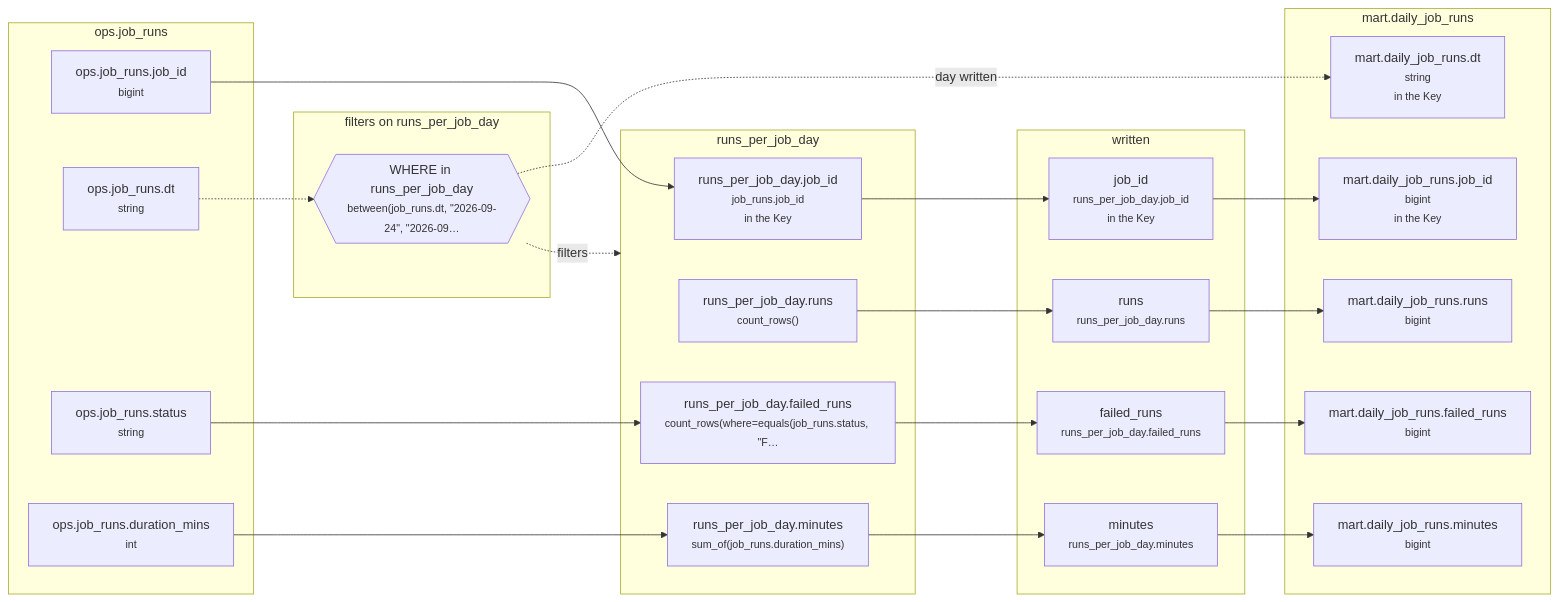
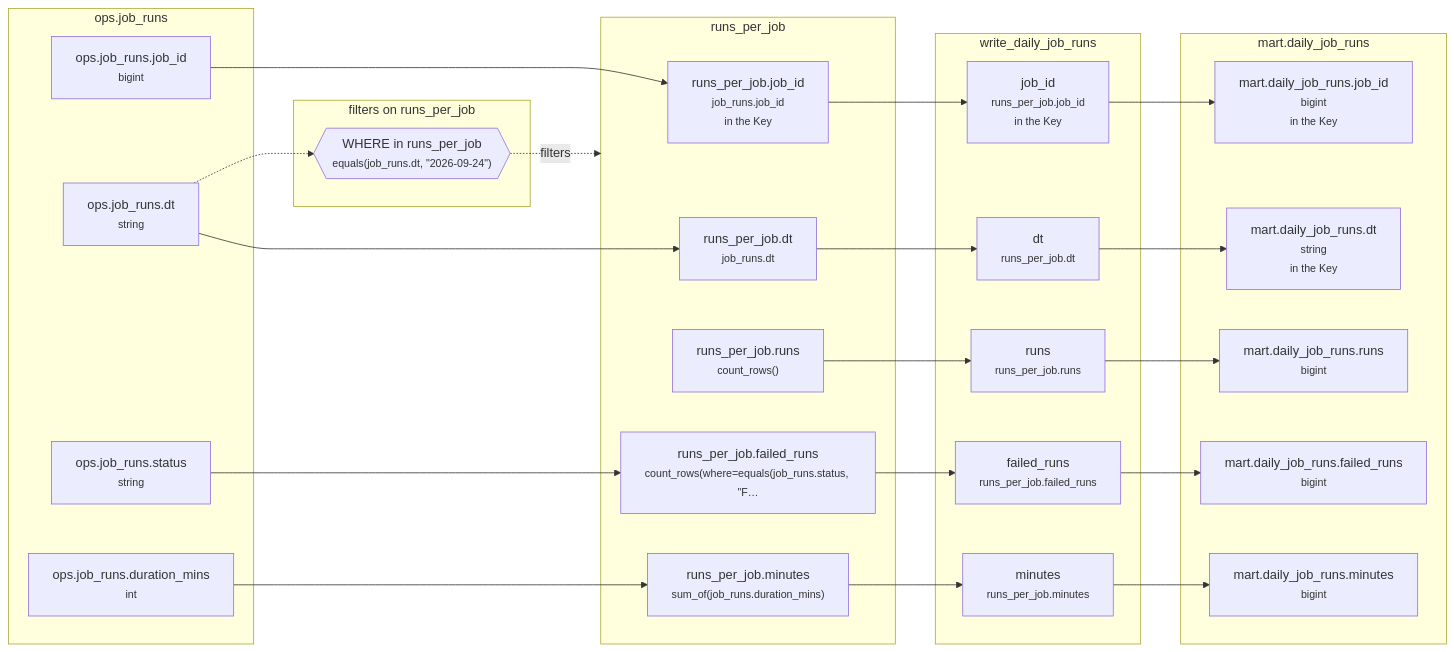
The diagram in example_projects/starter/tables/mart__daily_job_runs/lineage/20260925-060000-mart__daily_job_runs.md (EdgyPage/SQL-Composer), drawn with Mermaid before and after one commit. The commit also changed other lines of this file and 134 other files, not shown here.

````diff
--- a/example_projects/starter/tables/mart__daily_job_runs/lineage/20260925-060000-mart__daily_job_runs.md
+++ b/example_projects/starter/tables/mart__daily_job_runs/lineage/20260925-060000-mart__daily_job_runs.md
@@ -8,45 +8,49 @@
 ```mermaid
 flowchart LR
   subgraph g0["ops.job_runs"]
     n0["ops.job_runs.job_id<br/><small>bigint</small>"]
     n2["ops.job_runs.dt<br/><small>string</small>"]
-    n4["ops.job_runs.status<br/><small>string</small>"]
-    n6["ops.job_runs.duration_mins<br/><small>int</small>"]
+    n5["ops.job_runs.status<br/><small>string</small>"]
+    n7["ops.job_runs.duration_mins<br/><small>int</small>"]
   end
-  subgraph g1["runs_per_job_day"]
-    n1["runs_per_job_day.job_id<br/><small>job_runs.job_id</small><br/><small>in the Key</small>"]
-    n3["runs_per_job_day.runs<br/><small>count_rows()</small>"]
-    n5["runs_per_job_day.failed_runs<br/><small>count_rows(where=equals(job_runs.status, #quot;F…</small>"]
-    n7["runs_per_job_day.minutes<br/><small>sum_of(job_runs.duration_mins)</small>"]
+  subgraph g1["runs_per_job"]
+    n1["runs_per_job.job_id<br/><small>job_runs.job_id</small><br/><small>in the Key</small>"]
+    n3["runs_per_job.dt<br/><small>job_runs.dt</small>"]
+    n4["runs_per_job.runs<br/><small>count_rows()</small>"]
+    n6["runs_per_job.failed_runs<br/><small>count_rows(where=equals(job_runs.status, #quot;F…</small>"]
+    n8["runs_per_job.minutes<br/><small>sum_of(job_runs.duration_mins)</small>"]
   end
-  subgraph g2["filters on runs_per_job_day"]
-    n8{{"WHERE in runs_per_job_day<br/><small>between(job_runs.dt, #quot;2026-09-24#quot;, #quot;2026-09…</small>"}}
+  subgraph g2["filters on runs_per_job"]
+    n9{{"WHERE in runs_per_job<br/><small>equals(job_runs.dt, #quot;2026-09-24#quot;)</small>"}}
   end
-  subgraph g3["written"]
-    n9["job_id<br/><small>runs_per_job_day.job_id</small><br/><small>in the Key</small>"]
-    n10["runs<br/><small>runs_per_job_day.runs</small>"]
-    n11["failed_runs<br/><small>runs_per_job_day.failed_runs</small>"]
-    n12["minutes<br/><small>runs_per_job_day.minutes</small>"]
+  subgraph g3["write_daily_job_runs"]
+    n10["job_id<br/><small>runs_per_job.job_id</small><br/><small>in the Key</small>"]
+    n11["runs<br/><small>runs_per_job.runs</small>"]
+    n12["failed_runs<br/><small>runs_per_job.failed_runs</small>"]
+    n13["minutes<br/><small>runs_per_job.minutes</small>"]
+    n14["dt<br/><small>runs_per_job.dt</small>"]
   end
   subgraph g4["mart.daily_job_runs"]
-    n13["mart.daily_job_runs.job_id<br/><small>bigint</small><br/><small>in the Key</small>"]
-    n14["mart.daily_job_runs.runs<br/><small>bigint</small>"]
-    n15["mart.daily_job_runs.failed_runs<br/><small>bigint</small>"]
-    n16["mart.daily_job_runs.minutes<br/><small>bigint</small>"]
-    n17["mart.daily_job_runs.dt<br/><small>string</small><br/><small>in the Key</small>"]
+    n15["mart.daily_job_runs.job_id<br/><small>bigint</small><br/><small>in the Key</small>"]
+    n16["mart.daily_job_runs.runs<br/><small>bigint</small>"]
+    n17["mart.daily_job_runs.failed_runs<br/><small>bigint</small>"]
+    n18["mart.daily_job_runs.minutes<br/><small>bigint</small>"]
+    n19["mart.daily_job_runs.dt<br/><small>string</small><br/><small>in the Key</small>"]
   end
   n0 --> n1
-  n4 --> n5
-  n6 --> n7
-  n2 -.-> n8
-  n1 --> n9
-  n3 --> n10
-  n5 --> n11
-  n7 --> n12
-  n9 --> n13
-  n10 --> n14
-  n11 --> n15
-  n12 --> n16
-  n8 -.->|day written| n17
-  n8 -.->|filters| g1
+  n2 --> n3
+  n5 --> n6
+  n7 --> n8
+  n2 -.-> n9
+  n1 --> n10
+  n4 --> n11
+  n6 --> n12
+  n8 --> n13
+  n3 --> n14
+  n10 --> n15
+  n11 --> n16
+  n12 --> n17
+  n13 --> n18
+  n14 --> n19
+  n9 -.->|filters| g1
 ```
````
